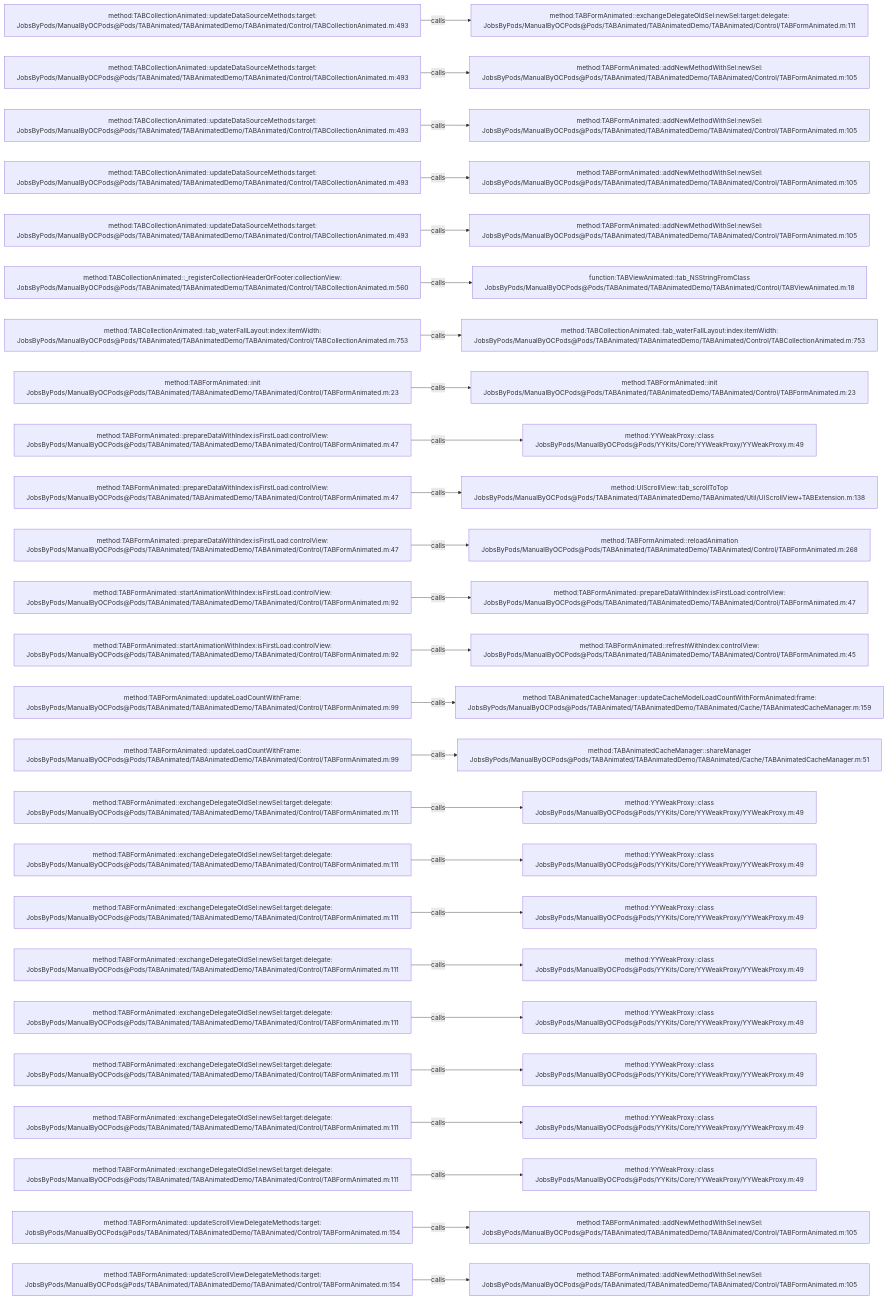
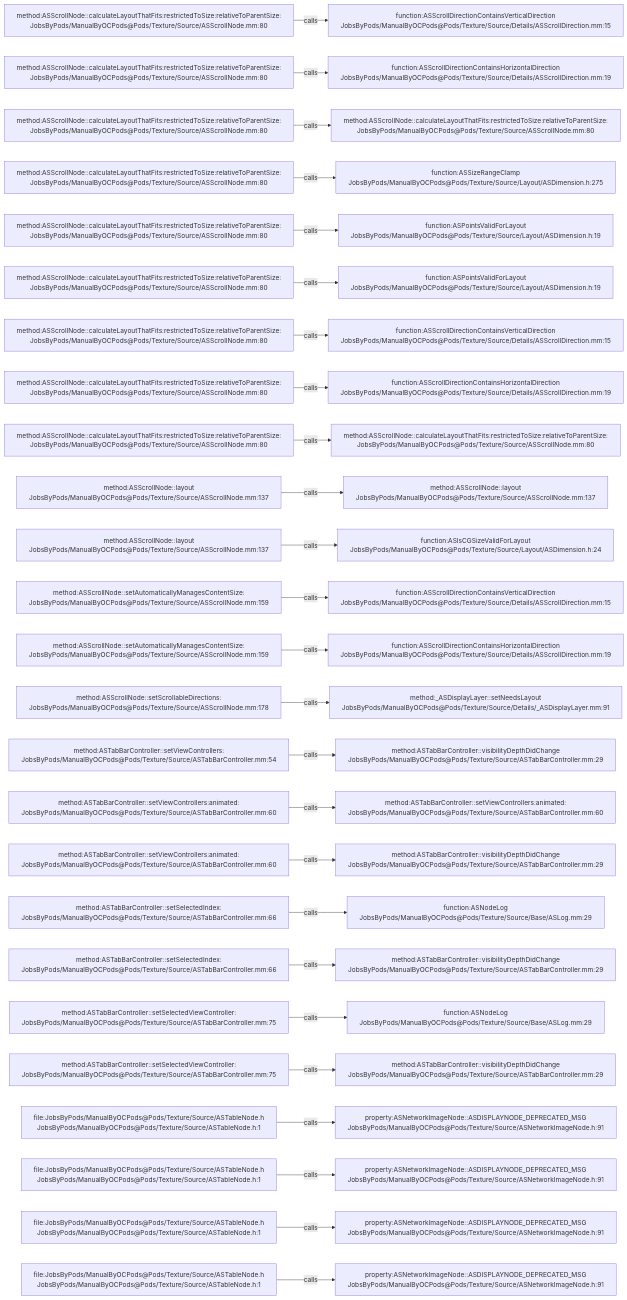
One commit to JobsKits/JobsOCBaseConfigDemo changed the diagram in .codegraph/codegraph.md/graphs/calls-129.md. Above: the diagram before and after it, drawn with Mermaid. The commit also changed 2162 other files, not shown here.

````diff
--- a/.codegraph/codegraph.md/graphs/calls-129.md
+++ b/.codegraph/codegraph.md/graphs/calls-129.md
@@ -13,78 +13,78 @@
 ```mermaid
 flowchart LR
-  S1["method:TABCollectionAnimated::updateDataSourceMethods:target:<br/>JobsByPods/ManualByOCPods@Pods/TABAnimated/TABAnimatedDemo/TABAnimated/Control/TABCollectionAnimated.m:493"]
-  T1["method:TABFormAnimated::exchangeDelegateOldSel:newSel:target:delegate:<br/>JobsByPods/ManualByOCPods@Pods/TABAnimated/TABAnimatedDemo/TABAnimated/Control/TABFormAnimated.m:111"]
+  S1["method:ASScrollNode::calculateLayoutThatFits:restrictedToSize:relativeToParentSize:<br/>JobsByPods/ManualByOCPods@Pods/Texture/Source/ASScrollNode.mm:80"]
+  T1["function:ASScrollDirectionContainsVerticalDirection<br/>JobsByPods/ManualByOCPods@Pods/Texture/Source/Details/ASScrollDirection.mm:15"]
   S1 -->|calls| T1
-  S2["method:TABCollectionAnimated::updateDataSourceMethods:target:<br/>JobsByPods/ManualByOCPods@Pods/TABAnimated/TABAnimatedDemo/TABAnimated/Control/TABCollectionAnimated.m:493"]
-  T2["method:TABFormAnimated::addNewMethodWithSel:newSel:<br/>JobsByPods/ManualByOCPods@Pods/TABAnimated/TABAnimatedDemo/TABAnimated/Control/TABFormAnimated.m:105"]
+  S2["method:ASScrollNode::calculateLayoutThatFits:restrictedToSize:relativeToParentSize:<br/>JobsByPods/ManualByOCPods@Pods/Texture/Source/ASScrollNode.mm:80"]
+  T2["function:ASScrollDirectionContainsHorizontalDirection<br/>JobsByPods/ManualByOCPods@Pods/Texture/Source/Details/ASScrollDirection.mm:19"]
   S2 -->|calls| T2
-  S3["method:TABCollectionAnimated::updateDataSourceMethods:target:<br/>JobsByPods/ManualByOCPods@Pods/TABAnimated/TABAnimatedDemo/TABAnimated/Control/TABCollectionAnimated.m:493"]
-  T3["method:TABFormAnimated::addNewMethodWithSel:newSel:<br/>JobsByPods/ManualByOCPods@Pods/TABAnimated/TABAnimatedDemo/TABAnimated/Control/TABFormAnimated.m:105"]
+  S3["method:ASScrollNode::calculateLayoutThatFits:restrictedToSize:relativeToParentSize:<br/>JobsByPods/ManualByOCPods@Pods/Texture/Source/ASScrollNode.mm:80"]
+  T3["method:ASScrollNode::calculateLayoutThatFits:restrictedToSize:relativeToParentSize:<br/>JobsByPods/ManualByOCPods@Pods/Texture/Source/ASScrollNode.mm:80"]
   S3 -->|calls| T3
-  S4["method:TABCollectionAnimated::updateDataSourceMethods:target:<br/>JobsByPods/ManualByOCPods@Pods/TABAnimated/TABAnimatedDemo/TABAnimated/Control/TABCollectionAnimated.m:493"]
-  T4["method:TABFormAnimated::addNewMethodWithSel:newSel:<br/>JobsByPods/ManualByOCPods@Pods/TABAnimated/TABAnimatedDemo/TABAnimated/Control/TABFormAnimated.m:105"]
+  S4["method:ASScrollNode::calculateLayoutThatFits:restrictedToSize:relativeToParentSize:<br/>JobsByPods/ManualByOCPods@Pods/Texture/Source/ASScrollNode.mm:80"]
+  T4["function:ASSizeRangeClamp<br/>JobsByPods/ManualByOCPods@Pods/Texture/Source/Layout/ASDimension.h:275"]
   S4 -->|calls| T4
-  S5["method:TABCollectionAnimated::updateDataSourceMethods:target:<br/>JobsByPods/ManualByOCPods@Pods/TABAnimated/TABAnimatedDemo/TABAnimated/Control/TABCollectionAnimated.m:493"]
-  T5["method:TABFormAnimated::addNewMethodWithSel:newSel:<br/>JobsByPods/ManualByOCPods@Pods/TABAnimated/TABAnimatedDemo/TABAnimated/Control/TABFormAnimated.m:105"]
+  S5["method:ASScrollNode::calculateLayoutThatFits:restrictedToSize:relativeToParentSize:<br/>JobsByPods/ManualByOCPods@Pods/Texture/Source/ASScrollNode.mm:80"]
+  T5["function:ASPointsValidForLayout<br/>JobsByPods/ManualByOCPods@Pods/Texture/Source/Layout/ASDimension.h:19"]
   S5 -->|calls| T5
-  S6["method:TABCollectionAnimated::_registerCollectionHeaderOrFooter:collectionView:<br/>JobsByPods/ManualByOCPods@Pods/TABAnimated/TABAnimatedDemo/TABAnimated/Control/TABCollectionAnimated.m:560"]
-  T6["function:TABViewAnimated::tab_NSStringFromClass<br/>JobsByPods/ManualByOCPods@Pods/TABAnimated/TABAnimatedDemo/TABAnimated/Control/TABViewAnimated.m:18"]
+  S6["method:ASScrollNode::calculateLayoutThatFits:restrictedToSize:relativeToParentSize:<br/>JobsByPods/ManualByOCPods@Pods/Texture/Source/ASScrollNode.mm:80"]
+  T6["function:ASPointsValidForLayout<br/>JobsByPods/ManualByOCPods@Pods/Texture/Source/Layout/ASDimension.h:19"]
   S6 -->|calls| T6
-  S7["method:TABCollectionAnimated::tab_waterFallLayout:index:itemWidth:<br/>JobsByPods/ManualByOCPods@Pods/TABAnimated/TABAnimatedDemo/TABAnimated/Control/TABCollectionAnimated.m:753"]
-  T7["method:TABCollectionAnimated::tab_waterFallLayout:index:itemWidth:<br/>JobsByPods/ManualByOCPods@Pods/TABAnimated/TABAnimatedDemo/TABAnimated/Control/TABCollectionAnimated.m:753"]
+  S7["method:ASScrollNode::calculateLayoutThatFits:restrictedToSize:relativeToParentSize:<br/>JobsByPods/ManualByOCPods@Pods/Texture/Source/ASScrollNode.mm:80"]
+  T7["function:ASScrollDirectionContainsVerticalDirection<br/>JobsByPods/ManualByOCPods@Pods/Texture/Source/Details/ASScrollDirection.mm:15"]
   S7 -->|calls| T7
-  S8["method:TABFormAnimated::init<br/>JobsByPods/ManualByOCPods@Pods/TABAnimated/TABAnimatedDemo/TABAnimated/Control/TABFormAnimated.m:23"]
-  T8["method:TABFormAnimated::init<br/>JobsByPods/ManualByOCPods@Pods/TABAnimated/TABAnimatedDemo/TABAnimated/Control/TABFormAnimated.m:23"]
+  S8["method:ASScrollNode::calculateLayoutThatFits:restrictedToSize:relativeToParentSize:<br/>JobsByPods/ManualByOCPods@Pods/Texture/Source/ASScrollNode.mm:80"]
+  T8["function:ASScrollDirectionContainsHorizontalDirection<br/>JobsByPods/ManualByOCPods@Pods/Texture/Source/Details/ASScrollDirection.mm:19"]
   S8 -->|calls| T8
-  S9["method:TABFormAnimated::prepareDataWithIndex:isFirstLoad:controlView:<br/>JobsByPods/ManualByOCPods@Pods/TABAnimated/TABAnimatedDemo/TABAnimated/Control/TABFormAnimated.m:47"]
-  T9["method:YYWeakProxy::class<br/>JobsByPods/ManualByOCPods@Pods/YYKits/Core/YYWeakProxy/YYWeakProxy.m:49"]
+  S9["method:ASScrollNode::calculateLayoutThatFits:restrictedToSize:relativeToParentSize:<br/>JobsByPods/ManualByOCPods@Pods/Texture/Source/ASScrollNode.mm:80"]
+  T9["method:ASScrollNode::calculateLayoutThatFits:restrictedToSize:relativeToParentSize:<br/>JobsByPods/ManualByOCPods@Pods/Texture/Source/ASScrollNode.mm:80"]
   S9 -->|calls| T9
-  S10["method:TABFormAnimated::prepareDataWithIndex:isFirstLoad:controlView:<br/>JobsByPods/ManualByOCPods@Pods/TABAnimated/TABAnimatedDemo/TABAnimated/Control/TABFormAnimated.m:47"]
-  T10["method:UIScrollView::tab_scrollToTop<br/>JobsByPods/ManualByOCPods@Pods/TABAnimated/TABAnimatedDemo/TABAnimated/Util/UIScrollView+TABExtension.m:138"]
+  S10["method:ASScrollNode::layout<br/>JobsByPods/ManualByOCPods@Pods/Texture/Source/ASScrollNode.mm:137"]
+  T10["method:ASScrollNode::layout<br/>JobsByPods/ManualByOCPods@Pods/Texture/Source/ASScrollNode.mm:137"]
   S10 -->|calls| T10
-  S11["method:TABFormAnimated::prepareDataWithIndex:isFirstLoad:controlView:<br/>JobsByPods/ManualByOCPods@Pods/TABAnimated/TABAnimatedDemo/TABAnimated/Control/TABFormAnimated.m:47"]
-  T11["method:TABFormAnimated::reloadAnimation<br/>JobsByPods/ManualByOCPods@Pods/TABAnimated/TABAnimatedDemo/TABAnimated/Control/TABFormAnimated.m:268"]
+  S11["method:ASScrollNode::layout<br/>JobsByPods/ManualByOCPods@Pods/Texture/Source/ASScrollNode.mm:137"]
+  T11["function:ASIsCGSizeValidForLayout<br/>JobsByPods/ManualByOCPods@Pods/Texture/Source/Layout/ASDimension.h:24"]
   S11 -->|calls| T11
-  S12["method:TABFormAnimated::startAnimationWithIndex:isFirstLoad:controlView:<br/>JobsByPods/ManualByOCPods@Pods/TABAnimated/TABAnimatedDemo/TABAnimated/Control/TABFormAnimated.m:92"]
-  T12["method:TABFormAnimated::prepareDataWithIndex:isFirstLoad:controlView:<br/>JobsByPods/ManualByOCPods@Pods/TABAnimated/TABAnimatedDemo/TABAnimated/Control/TABFormAnimated.m:47"]
+  S12["method:ASScrollNode::setAutomaticallyManagesContentSize:<br/>JobsByPods/ManualByOCPods@Pods/Texture/Source/ASScrollNode.mm:159"]
+  T12["function:ASScrollDirectionContainsVerticalDirection<br/>JobsByPods/ManualByOCPods@Pods/Texture/Source/Details/ASScrollDirection.mm:15"]
   S12 -->|calls| T12
-  S13["method:TABFormAnimated::startAnimationWithIndex:isFirstLoad:controlView:<br/>JobsByPods/ManualByOCPods@Pods/TABAnimated/TABAnimatedDemo/TABAnimated/Control/TABFormAnimated.m:92"]
-  T13["method:TABFormAnimated::refreshWithIndex:controlView:<br/>JobsByPods/ManualByOCPods@Pods/TABAnimated/TABAnimatedDemo/TABAnimated/Control/TABFormAnimated.m:45"]
+  S13["method:ASScrollNode::setAutomaticallyManagesContentSize:<br/>JobsByPods/ManualByOCPods@Pods/Texture/Source/ASScrollNode.mm:159"]
+  T13["function:ASScrollDirectionContainsHorizontalDirection<br/>JobsByPods/ManualByOCPods@Pods/Texture/Source/Details/ASScrollDirection.mm:19"]
   S13 -->|calls| T13
-  S14["method:TABFormAnimated::updateLoadCountWithFrame:<br/>JobsByPods/ManualByOCPods@Pods/TABAnimated/TABAnimatedDemo/TABAnimated/Control/TABFormAnimated.m:99"]
-  T14["method:TABAnimatedCacheManager::updateCacheModelLoadCountWithFormAnimated:frame:<br/>JobsByPods/ManualByOCPods@Pods/TABAnimated/TABAnimatedDemo/TABAnimated/Cache/TABAnimatedCacheManager.m:159"]
+  S14["method:ASScrollNode::setScrollableDirections:<br/>JobsByPods/ManualByOCPods@Pods/Texture/Source/ASScrollNode.mm:178"]
+  T14["method:_ASDisplayLayer::setNeedsLayout<br/>JobsByPods/ManualByOCPods@Pods/Texture/Source/Details/_ASDisplayLayer.mm:91"]
   S14 -->|calls| T14
-  S15["method:TABFormAnimated::updateLoadCountWithFrame:<br/>JobsByPods/ManualByOCPods@Pods/TABAnimated/TABAnimatedDemo/TABAnimated/Control/TABFormAnimated.m:99"]
-  T15["method:TABAnimatedCacheManager::shareManager<br/>JobsByPods/ManualByOCPods@Pods/TABAnimated/TABAnimatedDemo/TABAnimated/Cache/TABAnimatedCacheManager.m:51"]
+  S15["method:ASTabBarController::setViewControllers:<br/>JobsByPods/ManualByOCPods@Pods/Texture/Source/ASTabBarController.mm:54"]
+  T15["method:ASTabBarController::visibilityDepthDidChange<br/>JobsByPods/ManualByOCPods@Pods/Texture/Source/ASTabBarController.mm:29"]
   S15 -->|calls| T15
-  S16["method:TABFormAnimated::exchangeDelegateOldSel:newSel:target:delegate:<br/>JobsByPods/ManualByOCPods@Pods/TABAnimated/TABAnimatedDemo/TABAnimated/Control/TABFormAnimated.m:111"]
-  T16["method:YYWeakProxy::class<br/>JobsByPods/ManualByOCPods@Pods/YYKits/Core/YYWeakProxy/YYWeakProxy.m:49"]
+  S16["method:ASTabBarController::setViewControllers:animated:<br/>JobsByPods/ManualByOCPods@Pods/Texture/Source/ASTabBarController.mm:60"]
+  T16["method:ASTabBarController::setViewControllers:animated:<br/>JobsByPods/ManualByOCPods@Pods/Texture/Source/ASTabBarController.mm:60"]
   S16 -->|calls| T16
-  S17["method:TABFormAnimated::exchangeDelegateOldSel:newSel:target:delegate:<br/>JobsByPods/ManualByOCPods@Pods/TABAnimated/TABAnimatedDemo/TABAnimated/Control/TABFormAnimated.m:111"]
-  T17["method:YYWeakProxy::class<br/>JobsByPods/ManualByOCPods@Pods/YYKits/Core/YYWeakProxy/YYWeakProxy.m:49"]
+  S17["method:ASTabBarController::setViewControllers:animated:<br/>JobsByPods/ManualByOCPods@Pods/Texture/Source/ASTabBarController.mm:60"]
+  T17["method:ASTabBarController::visibilityDepthDidChange<br/>JobsByPods/ManualByOCPods@Pods/Texture/Source/ASTabBarController.mm:29"]
   S17 -->|calls| T17
-  S18["method:TABFormAnimated::exchangeDelegateOldSel:newSel:target:delegate:<br/>JobsByPods/ManualByOCPods@Pods/TABAnimated/TABAnimatedDemo/TABAnimated/Control/TABFormAnimated.m:111"]
-  T18["method:YYWeakProxy::class<br/>JobsByPods/ManualByOCPods@Pods/YYKits/Core/YYWeakProxy/YYWeakProxy.m:49"]
+  S18["method:ASTabBarController::setSelectedIndex:<br/>JobsByPods/ManualByOCPods@Pods/Texture/Source/ASTabBarController.mm:66"]
+  T18["function:ASNodeLog<br/>JobsByPods/ManualByOCPods@Pods/Texture/Source/Base/ASLog.mm:29"]
   S18 -->|calls| T18
-  S19["method:TABFormAnimated::exchangeDelegateOldSel:newSel:target:delegate:<br/>JobsByPods/ManualByOCPods@Pods/TABAnimated/TABAnimatedDemo/TABAnimated/Control/TABFormAnimated.m:111"]
-  T19["method:YYWeakProxy::class<br/>JobsByPods/ManualByOCPods@Pods/YYKits/Core/YYWeakProxy/YYWeakProxy.m:49"]
+  S19["method:ASTabBarController::setSelectedIndex:<br/>JobsByPods/ManualByOCPods@Pods/Texture/Source/ASTabBarController.mm:66"]
+  T19["method:ASTabBarController::visibilityDepthDidChange<br/>JobsByPods/ManualByOCPods@Pods/Texture/Source/ASTabBarController.mm:29"]
   S19 -->|calls| T19
-  S20["method:TABFormAnimated::exchangeDelegateOldSel:newSel:target:delegate:<br/>JobsByPods/ManualByOCPods@Pods/TABAnimated/TABAnimatedDemo/TABAnimated/Control/TABFormAnimated.m:111"]
-  T20["method:YYWeakProxy::class<br/>JobsByPods/ManualByOCPods@Pods/YYKits/Core/YYWeakProxy/YYWeakProxy.m:49"]
+  S20["method:ASTabBarController::setSelectedViewController:<br/>JobsByPods/ManualByOCPods@Pods/Texture/Source/ASTabBarController.mm:75"]
+  T20["function:ASNodeLog<br/>JobsByPods/ManualByOCPods@Pods/Texture/Source/Base/ASLog.mm:29"]
   S20 -->|calls| T20
-  S21["method:TABFormAnimated::exchangeDelegateOldSel:newSel:target:delegate:<br/>JobsByPods/ManualByOCPods@Pods/TABAnimated/TABAnimatedDemo/TABAnimated/Control/TABFormAnimated.m:111"]
-  T21["method:YYWeakProxy::class<br/>JobsByPods/ManualByOCPods@Pods/YYKits/Core/YYWeakProxy/YYWeakProxy.m:49"]
+  S21["method:ASTabBarController::setSelectedViewController:<br/>JobsByPods/ManualByOCPods@Pods/Texture/Source/ASTabBarController.mm:75"]
+  T21["method:ASTabBarController::visibilityDepthDidChange<br/>JobsByPods/ManualByOCPods@Pods/Texture/Source/ASTabBarController.mm:29"]
   S21 -->|calls| T21
-  S22["method:TABFormAnimated::exchangeDelegateOldSel:newSel:target:delegate:<br/>JobsByPods/ManualByOCPods@Pods/TABAnimated/TABAnimatedDemo/TABAnimated/Control/TABFormAnimated.m:111"]
-  T22["method:YYWeakProxy::class<br/>JobsByPods/ManualByOCPods@Pods/YYKits/Core/YYWeakProxy/YYWeakProxy.m:49"]
+  S22["file:JobsByPods/ManualByOCPods@Pods/Texture/Source/ASTableNode.h<br/>JobsByPods/ManualByOCPods@Pods/Texture/Source/ASTableNode.h:1"]
+  T22["property:ASNetworkImageNode::ASDISPLAYNODE_DEPRECATED_MSG<br/>JobsByPods/ManualByOCPods@Pods/Texture/Source/ASNetworkImageNode.h:91"]
   S22 -->|calls| T22
-  S23["method:TABFormAnimated::exchangeDelegateOldSel:newSel:target:delegate:<br/>JobsByPods/ManualByOCPods@Pods/TABAnimated/TABAnimatedDemo/TABAnimated/Control/TABFormAnimated.m:111"]
-  T23["method:YYWeakProxy::class<br/>JobsByPods/ManualByOCPods@Pods/YYKits/Core/YYWeakProxy/YYWeakProxy.m:49"]
+  S23["file:JobsByPods/ManualByOCPods@Pods/Texture/Source/ASTableNode.h<br/>JobsByPods/ManualByOCPods@Pods/Texture/Source/ASTableNode.h:1"]
+  T23["property:ASNetworkImageNode::ASDISPLAYNODE_DEPRECATED_MSG<br/>JobsByPods/ManualByOCPods@Pods/Texture/Source/ASNetworkImageNode.h:91"]
   S23 -->|calls| T23
-  S24["method:TABFormAnimated::updateScrollViewDelegateMethods:target:<br/>JobsByPods/ManualByOCPods@Pods/TABAnimated/TABAnimatedDemo/TABAnimated/Control/TABFormAnimated.m:154"]
-  T24["method:TABFormAnimated::addNewMethodWithSel:newSel:<br/>JobsByPods/ManualByOCPods@Pods/TABAnimated/TABAnimatedDemo/TABAnimated/Control/TABFormAnimated.m:105"]
+  S24["file:JobsByPods/ManualByOCPods@Pods/Texture/Source/ASTableNode.h<br/>JobsByPods/ManualByOCPods@Pods/Texture/Source/ASTableNode.h:1"]
+  T24["property:ASNetworkImageNode::ASDISPLAYNODE_DEPRECATED_MSG<br/>JobsByPods/ManualByOCPods@Pods/Texture/Source/ASNetworkImageNode.h:91"]
   S24 -->|calls| T24
-  S25["method:TABFormAnimated::updateScrollViewDelegateMethods:target:<br/>JobsByPods/ManualByOCPods@Pods/TABAnimated/TABAnimatedDemo/TABAnimated/Control/TABFormAnimated.m:154"]
-  T25["method:TABFormAnimated::addNewMethodWithSel:newSel:<br/>JobsByPods/ManualByOCPods@Pods/TABAnimated/TABAnimatedDemo/TABAnimated/Control/TABFormAnimated.m:105"]
+  S25["file:JobsByPods/ManualByOCPods@Pods/Texture/Source/ASTableNode.h<br/>JobsByPods/ManualByOCPods@Pods/Texture/Source/ASTableNode.h:1"]
+  T25["property:ASNetworkImageNode::ASDISPLAYNODE_DEPRECATED_MSG<br/>JobsByPods/ManualByOCPods@Pods/Texture/Source/ASNetworkImageNode.h:91"]
   S25 -->|calls| T25
 ```
````
